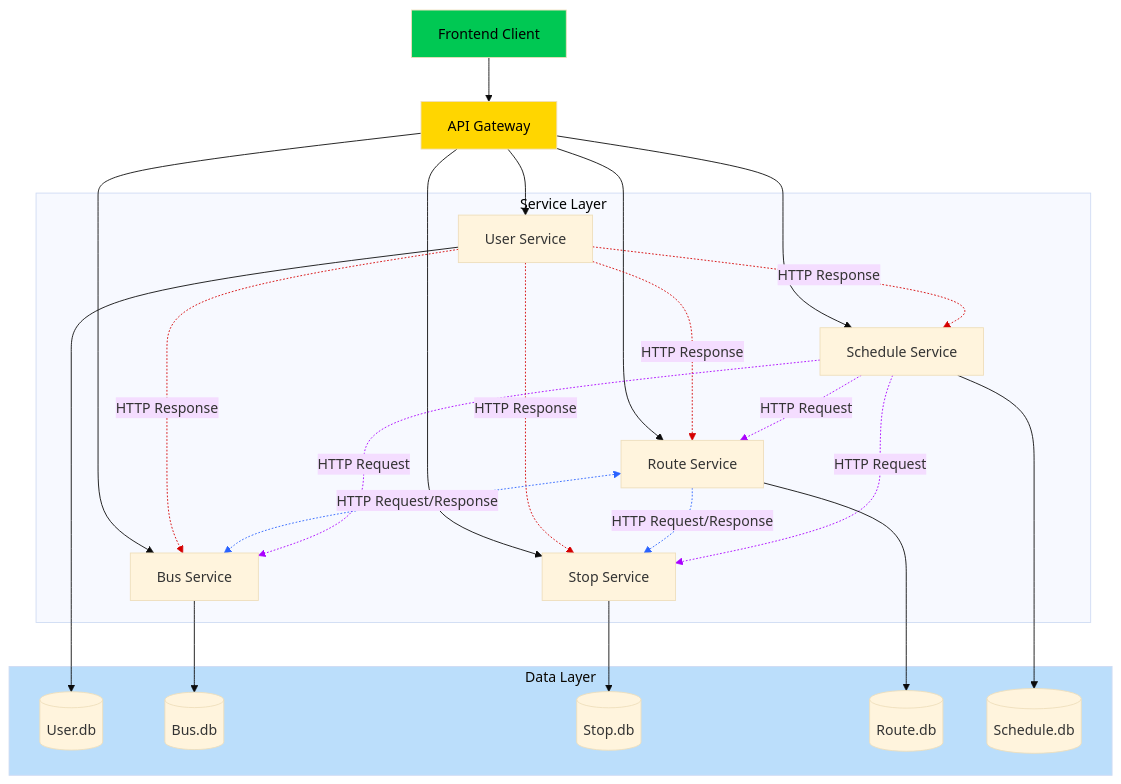
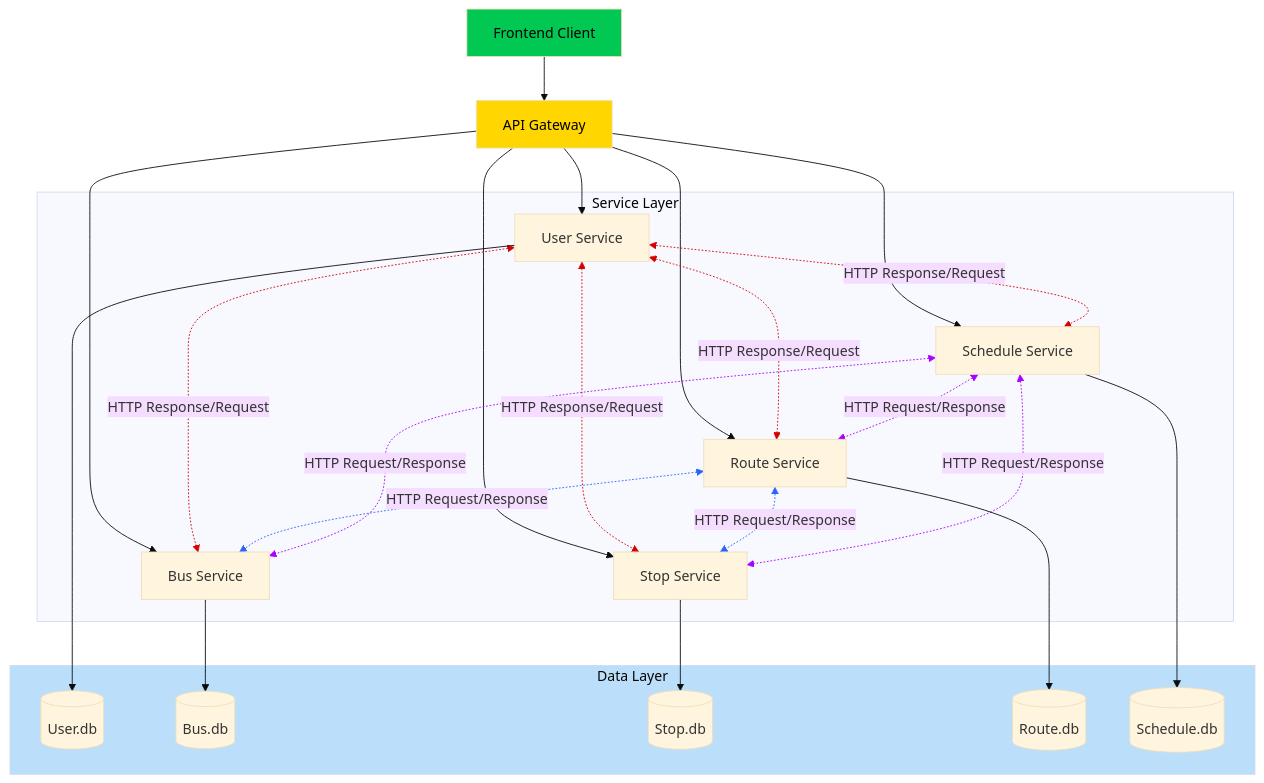
Before and after one commit to AAkmalAmran/Project-UTS-IAE-Kelompok-1: the diagram in readme.md, drawn with Mermaid (base theme). The commit also changed other lines of this file and 35 other files, not shown here.

````diff
--- a/readme.md
+++ b/readme.md
@@ -22,45 +22,45 @@
 ```mermaid
 
 flowchart TB
     subgraph ServiceLayer["Service Layer"]
         Service1["User Service"]
         Service2["Bus Service"]
         Service3["Stop Service"]
         Service4["Route Service"]
         Service5["Schedule Service"]
     end
 
     subgraph DataLayer["Data Layer"]
         DB1[("User.db")]
         DB2[("Bus.db")]
         DB3[("Stop.db")]
         DB4[("Route.db")]
         DB5[("Schedule.db")]
     end
 
     Client["Frontend Client"] --> Gateway["API Gateway"]
     Gateway --> Service1 & Service2 & Service3 & Service4 & Service5
-    Service1 -. HTTP Response .-> Service2 & Service3 & Service4 & Service5
+    Service1 <-. HTTP Response/Request .-> Service2 & Service3 & Service4 & Service5
     Service4 <-. HTTP Request/Response .-> Service2
-    Service4 -. HTTP Request/Response .-> Service3
-    Service5 -. HTTP Request .-> Service2 & Service3 & Service4
+    Service4 <-. HTTP Request/Response .-> Service3
+    Service5 <-. HTTP Request/Response .-> Service2 & Service3 & Service4
     Service1 --> DB1
     Service2 --> DB2
     Service3 --> DB3
     Service4 --> DB4
     Service5 --> DB5
 
     style Client fill:#00C853,color:#000000
     style Gateway fill:#FFD600,color:#000000
     style DataLayer fill:#BBDEFB
     style ServiceLayer color:#000000
     linkStyle 6 stroke:#D50000,fill:none
     linkStyle 7 stroke:#D50000,fill:none
     linkStyle 8 stroke:#D50000,fill:none
     linkStyle 9 stroke:#D50000,fill:none
     linkStyle 10 stroke:#2962FF,fill:none
     linkStyle 11 stroke:#2962FF,fill:none
     linkStyle 12 stroke:#AA00FF,fill:none
     linkStyle 13 stroke:#AA00FF,fill:none
     linkStyle 14 stroke:#AA00FF,fill:none
 ```
````
